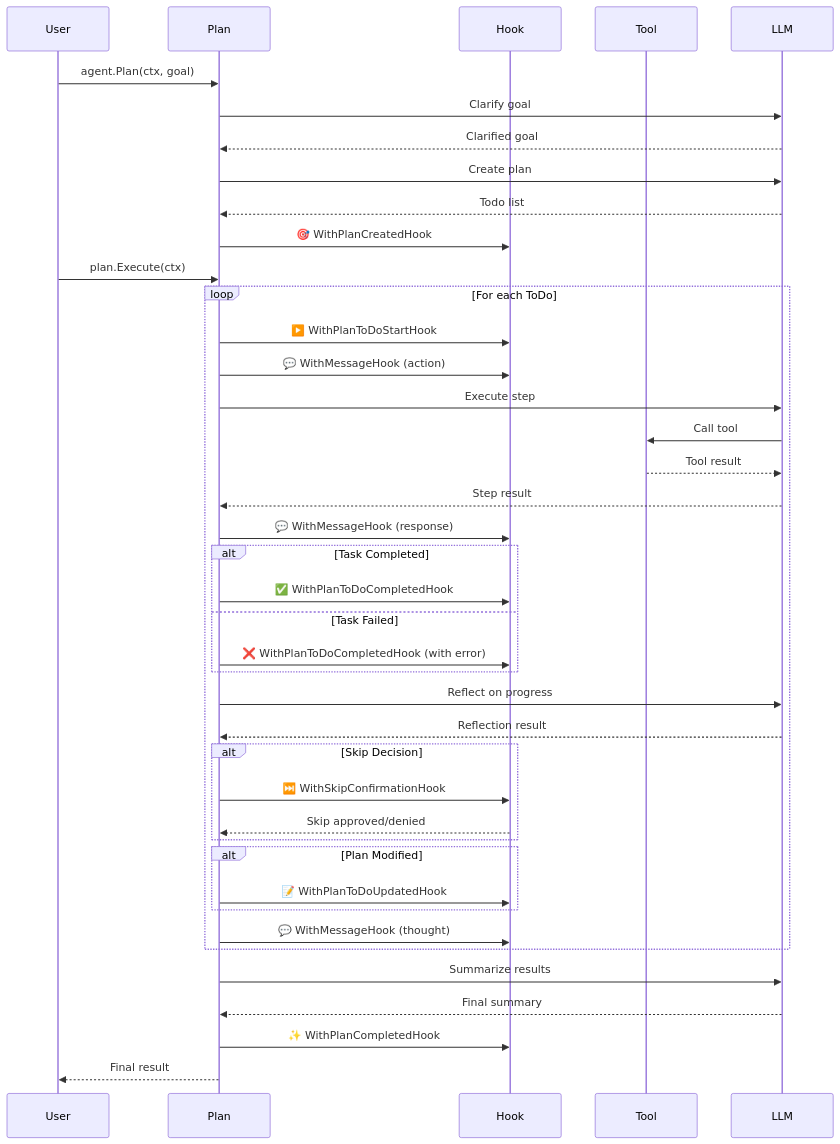
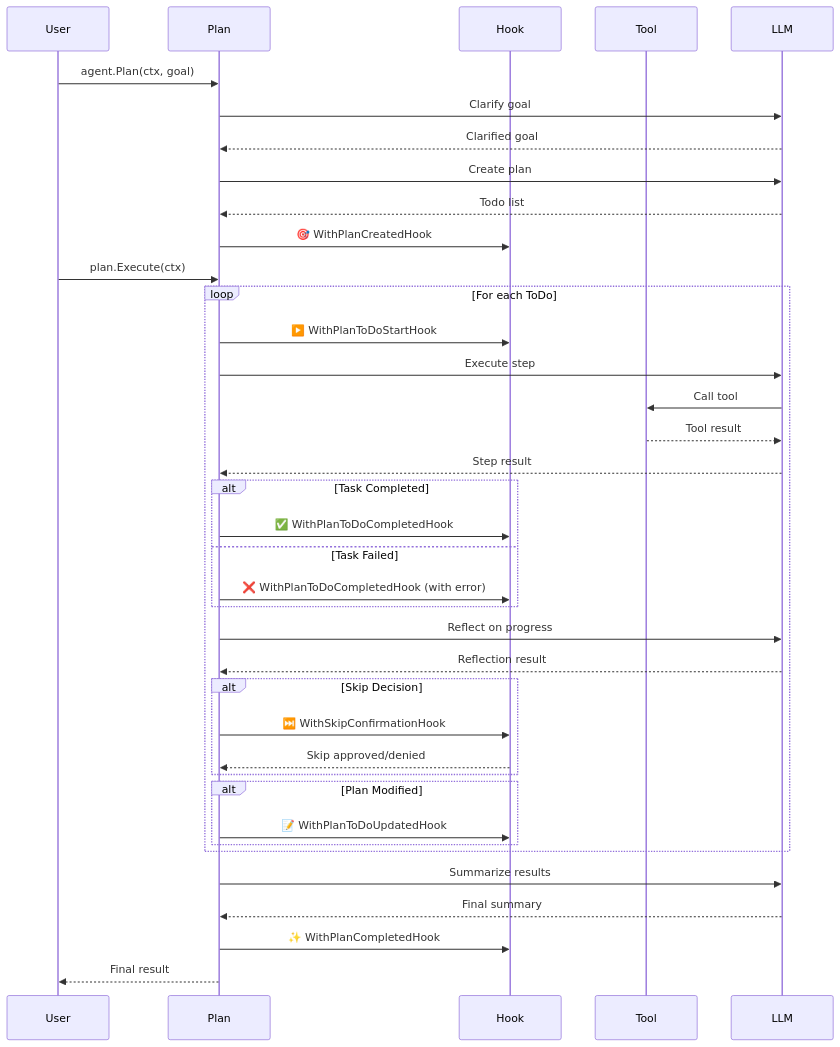
The second of 3 diagrams in doc/plan-mode.md (m-mizutani/gollem), drawn with Mermaid before and after one commit. The commit also changed other lines of this file and 8 other files, not shown here.

````diff
--- a/doc/plan-mode.md
+++ b/doc/plan-mode.md
@@ -172,52 +172,48 @@
 ```mermaid
 sequenceDiagram
     participant User
     participant Plan
     participant Hook
     participant Tool
     participant LLM
 
     User->>Plan: agent.Plan(ctx, goal)
     Plan->>LLM: Clarify goal
     LLM-->>Plan: Clarified goal
     Plan->>LLM: Create plan
     LLM-->>Plan: Todo list
     Plan->>Hook: 🎯 WithPlanCreatedHook
     
     User->>Plan: plan.Execute(ctx)
     
     loop For each ToDo
         Plan->>Hook: ▶️ WithPlanToDoStartHook
-        Plan->>Hook: 💬 WithMessageHook (action)
         Plan->>LLM: Execute step
         LLM->>Tool: Call tool
         Tool-->>LLM: Tool result
         LLM-->>Plan: Step result
-        Plan->>Hook: 💬 WithMessageHook (response)
-        
+
         alt Task Completed
             Plan->>Hook: ✅ WithPlanToDoCompletedHook
         else Task Failed
             Plan->>Hook: ❌ WithPlanToDoCompletedHook (with error)
         end
-        
+
         Plan->>LLM: Reflect on progress
         LLM-->>Plan: Reflection result
-        
+
         alt Skip Decision
             Plan->>Hook: ⏭️ WithSkipConfirmationHook
             Hook-->>Plan: Skip approved/denied
         end
-        
+
         alt Plan Modified
             Plan->>Hook: 📝 WithPlanToDoUpdatedHook
         end
-        
-        Plan->>Hook: 💬 WithMessageHook (thought)
     end
     
     Plan->>LLM: Summarize results
     LLM-->>Plan: Final summary
     Plan->>Hook: ✨ WithPlanCompletedHook
     Plan-->>User: Final result
 ```
````
